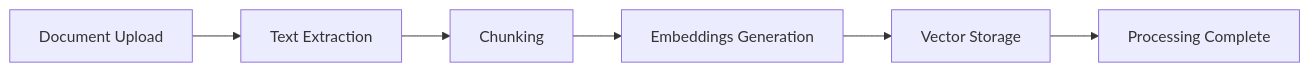
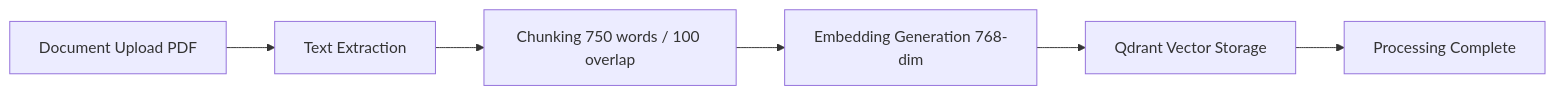
One commit to Dheerajdvn/AI-School-Management-System changed the diagram in AI.md. Above: the diagram before and after it, drawn with Mermaid. The commit also changed other lines of this file and 8 other files, not shown here.

````diff
--- a/AI.md
+++ b/AI.md
@@ -111,8 +79,8 @@
 ```mermaid
 flowchart LR
-    A[Document Upload] --> B[Text Extraction]
-    B --> C[Chunking]
-    C --> D[Embeddings Generation]
-    D --> E[Vector Storage]
+    A[Document Upload PDF] --> B[Text Extraction]
+    B --> C[Chunking 750 words / 100 overlap]
+    C --> D[Embedding Generation 768-dim]
+    D --> E[Qdrant Vector Storage]
     E --> F[Processing Complete]
 ```
````
